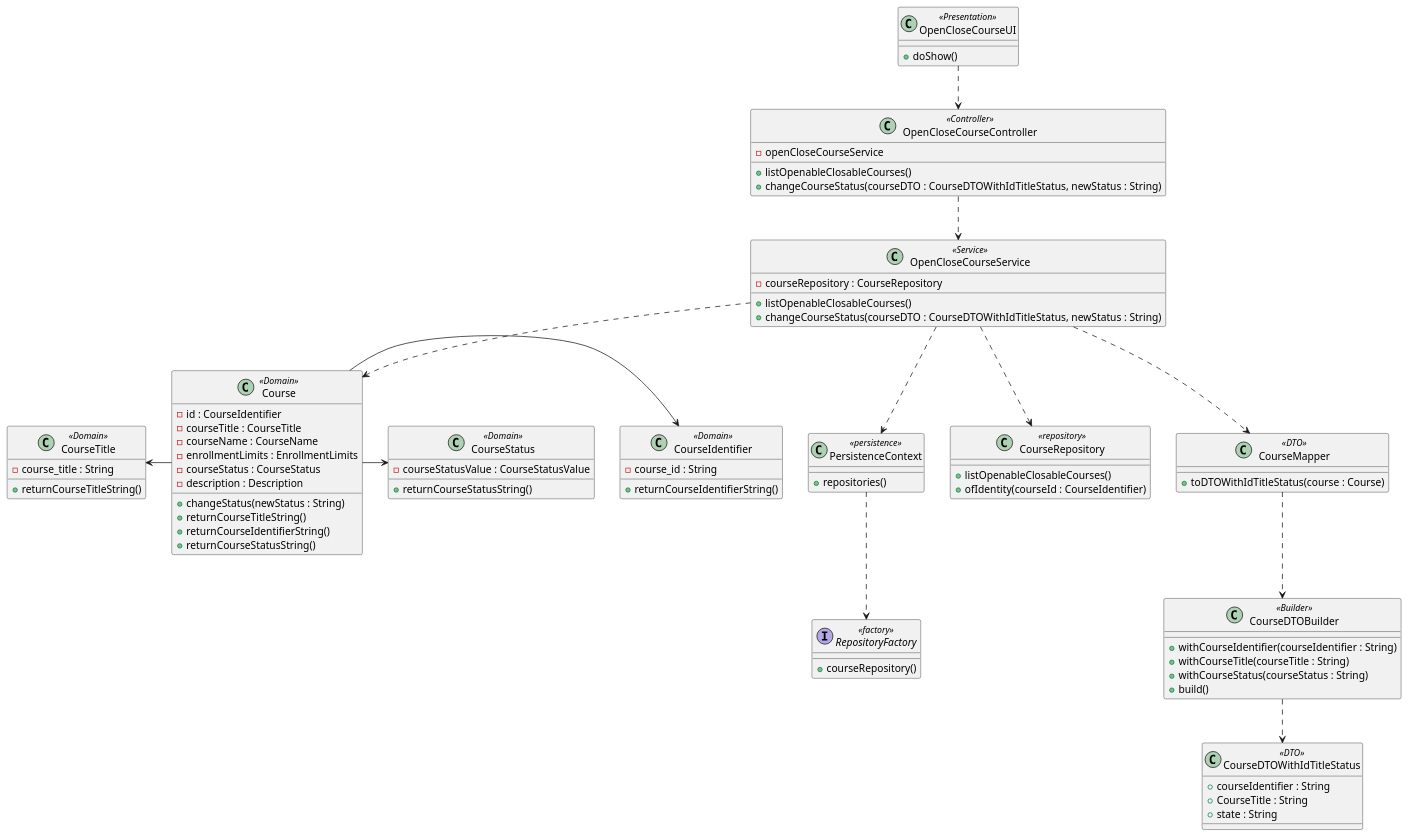
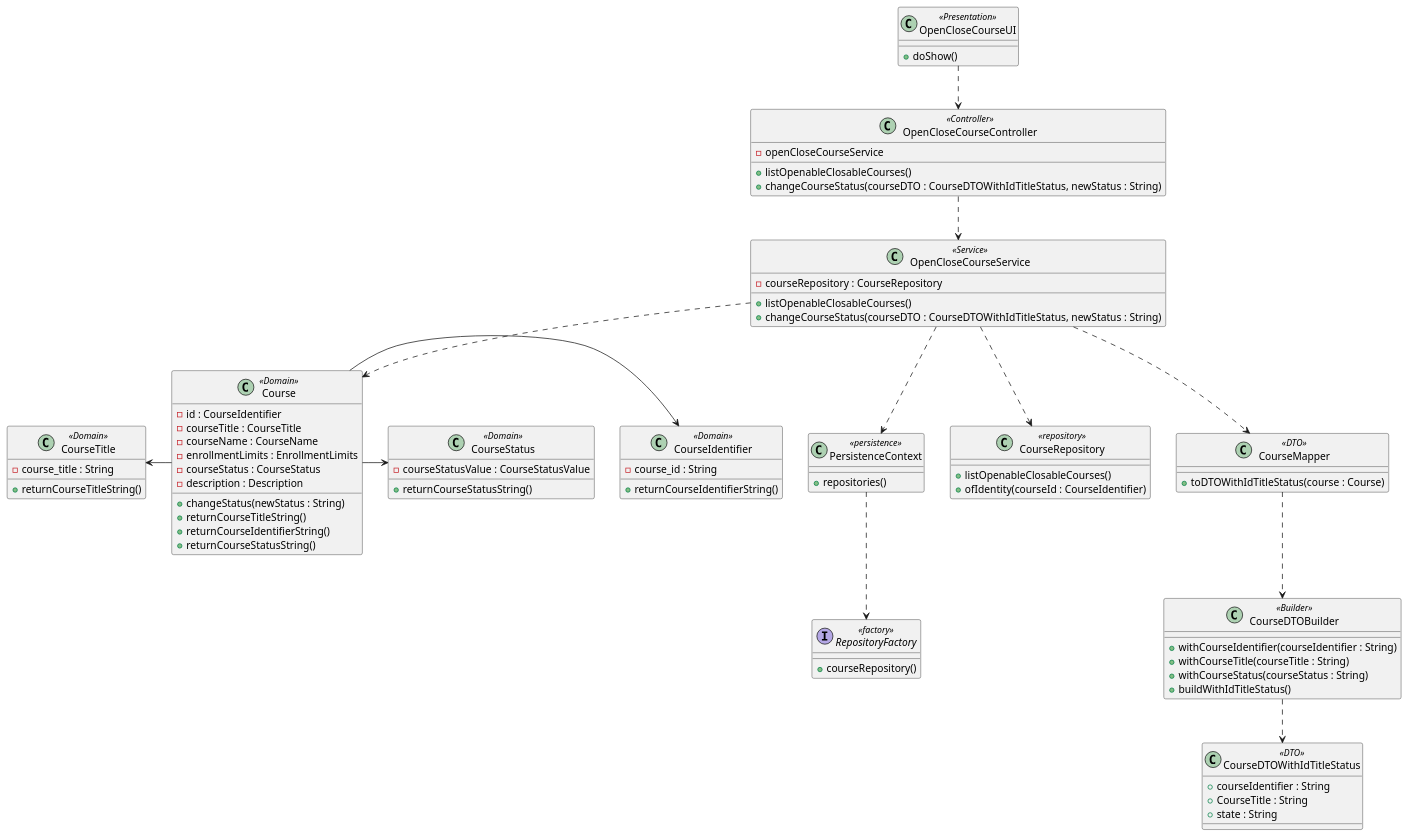
One commit to Marco-Nobrega-Andrade/sem4pi_22_23 changed the diagram in docs/Sprint_B/us_1004/us_1004_CD.puml. Above: the diagram before and after it, drawn with PlantUML. The commit also changed 3 other files, not shown here.

```diff
--- a/docs/Sprint_B/us_1004/us_1004_CD.puml
+++ b/docs/Sprint_B/us_1004/us_1004_CD.puml
@@ -1,86 +1,86 @@
 @startuml
 'https://plantuml.com/class-diagram
 
 
 class OpenCloseCourseUI <<Presentation>>{
     + doShow()
 }
 class OpenCloseCourseController <<Controller>>{
     - openCloseCourseService
     + listOpenableClosableCourses()
     + changeCourseStatus(courseDTO : CourseDTOWithIdTitleStatus, newStatus : String)
 }
 
 class OpenCloseCourseService  <<Service>> {
     - courseRepository : CourseRepository
     + listOpenableClosableCourses()
     + changeCourseStatus(courseDTO : CourseDTOWithIdTitleStatus, newStatus : String)
 }
 class PersistenceContext  <<persistence>> {
     + repositories()
 }
 Interface RepositoryFactory  <<factory>> {
     + courseRepository()
 }
 class CourseRepository  <<repository>> {
     + listOpenableClosableCourses()
     + ofIdentity(courseId : CourseIdentifier)
 }
 class Course <<Domain>> {
     - id : CourseIdentifier
     - courseTitle : CourseTitle
     - courseName : CourseName
     - enrollmentLimits : EnrollmentLimits
     - courseStatus : CourseStatus
     - description : Description
     + changeStatus(newStatus : String)
     + returnCourseTitleString()
     + returnCourseIdentifierString()
     + returnCourseStatusString()
 }
 class CourseTitle <<Domain>>{
     - course_title : String
     + returnCourseTitleString()
 }
 
 class CourseIdentifier <<Domain>>{
     - course_id : String
     + returnCourseIdentifierString()
 }
 
 class CourseStatus <<Domain>>{
     - courseStatusValue : CourseStatusValue
     + returnCourseStatusString()
 }
 class CourseDTOWithIdTitleStatus <<DTO>> {
     + courseIdentifier : String
     + CourseTitle : String
     + state : String
 }
 class CourseMapper <<DTO>> {
     + toDTOWithIdTitleStatus(course : Course)
 }
 
 class CourseDTOBuilder <<Builder>> {
     + withCourseIdentifier(courseIdentifier : String)
     + withCourseTitle(courseTitle : String)
     + withCourseStatus(courseStatus : String)
-    + build()
+    + buildWithIdTitleStatus()
 }
 
 
 OpenCloseCourseUI ..> OpenCloseCourseController
 OpenCloseCourseController ..> OpenCloseCourseService
 OpenCloseCourseService ..> PersistenceContext
 PersistenceContext ..> RepositoryFactory
 OpenCloseCourseService ..> CourseRepository
 OpenCloseCourseService ..> CourseMapper
 CourseMapper ..> CourseDTOBuilder
 CourseDTOBuilder ..> CourseDTOWithIdTitleStatus
 OpenCloseCourseService ..> Course
 Course -left> CourseTitle
 Course -down> CourseIdentifier
 Course -right> CourseStatus
 
 
 @enduml
```
